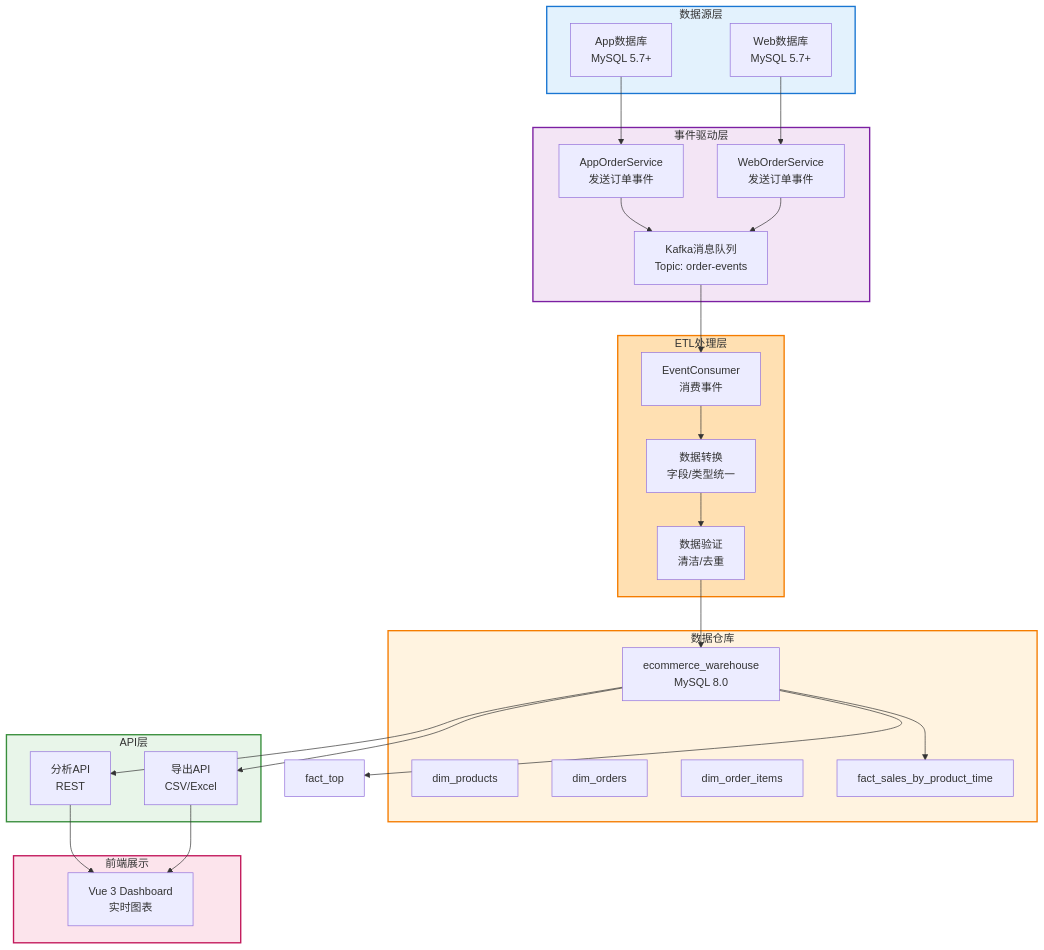
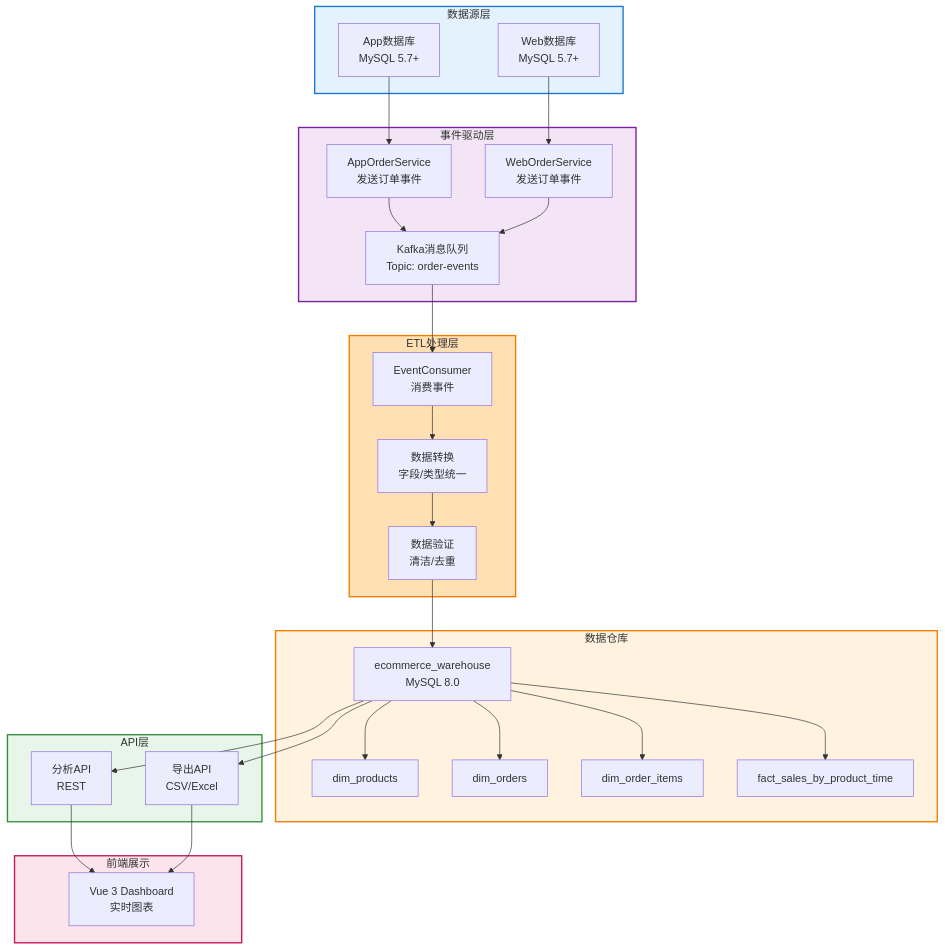
The second of 8 diagrams in TECH_SOLUTION.md (jianglei919/ecommerce_data_warehouse), drawn with Mermaid before and after one commit. The commit also changed 1 other file, not shown here.

Commit message:
feat: Update technical solution documents to include new dimension tables in data flow

````diff
--- a/TECH_SOLUTION.md
+++ b/TECH_SOLUTION.md
@@ -84,58 +84,60 @@
 ```mermaid
 graph TB
     subgraph source["数据源层"]
         app["App数据库<br/>MySQL 5.7+"]
         web["Web数据库<br/>MySQL 5.7+"]
     end
 
     subgraph event["事件驱动层"]
         app_event["AppOrderService<br/>发送订单事件"]
         web_event["WebOrderService<br/>发送订单事件"]
         kafka["Kafka消息队列<br/>Topic: order-events"]
     end
 
     subgraph etl["ETL处理层"]
         consumer["EventConsumer<br/>消费事件"]
         transform["数据转换<br/>字段/类型统一"]
         validate["数据验证<br/>清洁/去重"]
     end
 
     subgraph warehouse["数据仓库"]
         warehouse_db["ecommerce_warehouse<br/>MySQL 8.0"]
         dim_prod["dim_products"]
         dim_ord["dim_orders"]
         dim_items["dim_order_items"]
         fact_sales["fact_sales_by_product_time"]
     end
 
     subgraph api["API层"]
         analytics_api["分析API<br/>REST"]
         export_api["导出API<br/>CSV/Excel"]
     end
 
     subgraph frontend["前端展示"]
         dashboard["Vue 3 Dashboard<br/>实时图表"]
     end
 
     app --> app_event
     web --> web_event
     app_event --> kafka
     web_event --> kafka
     kafka --> consumer
     consumer --> transform
     transform --> validate
     validate --> warehouse_db
+    warehouse_db --> dim_prod
+    warehouse_db --> dim_ord
+    warehouse_db --> dim_items
     warehouse_db --> fact_sales
-    warehouse_db --> fact_top
     warehouse_db --> analytics_api
     warehouse_db --> export_api
     analytics_api --> dashboard
     export_api --> dashboard
 
     style source fill:#e3f2fd,stroke:#1976d2,stroke-width:2px
     style event fill:#f3e5f5,stroke:#7b1fa2,stroke-width:2px
     style etl fill:#ffe0b2,stroke:#f57c00,stroke-width:2px
     style warehouse fill:#fff3e0,stroke:#f57c00,stroke-width:2px
     style api fill:#e8f5e9,stroke:#388e3c,stroke-width:2px
     style frontend fill:#fce4ec,stroke:#c2185b,stroke-width:2px
 ```
````
